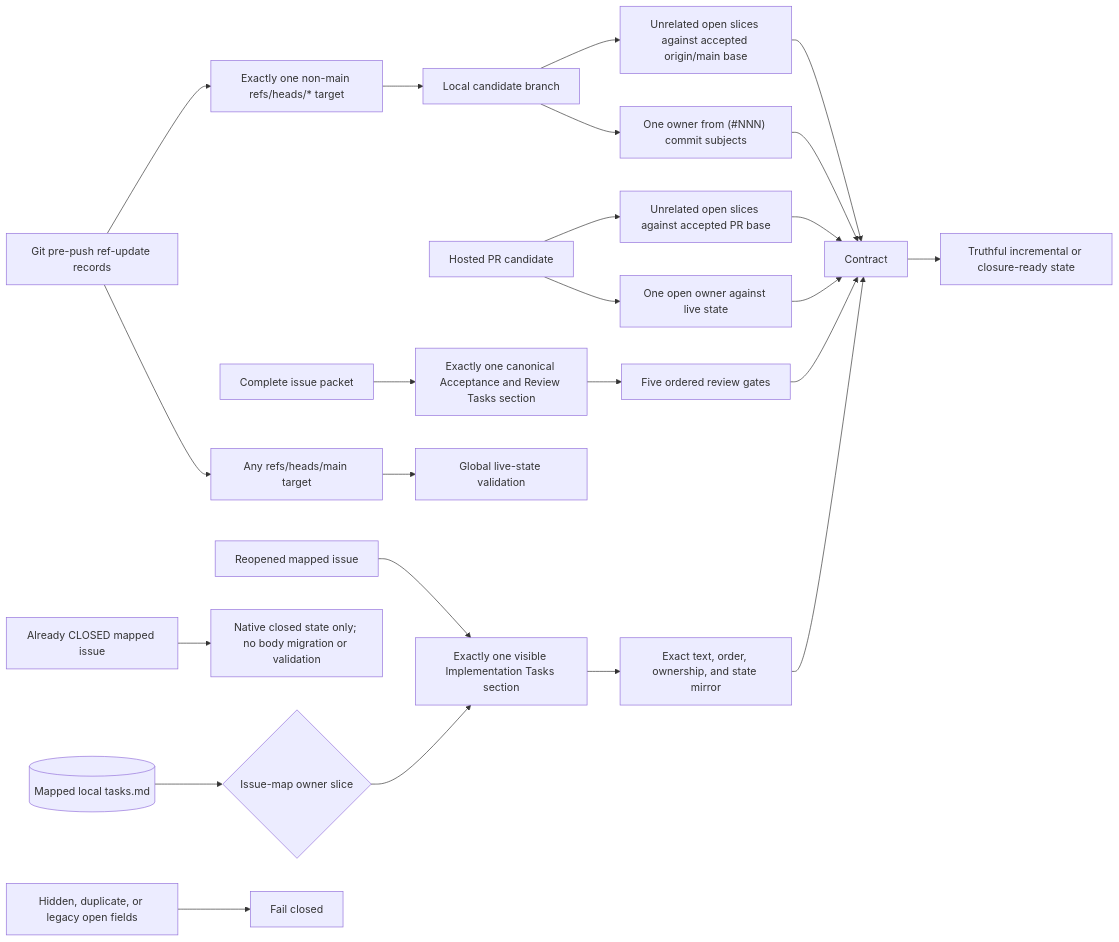
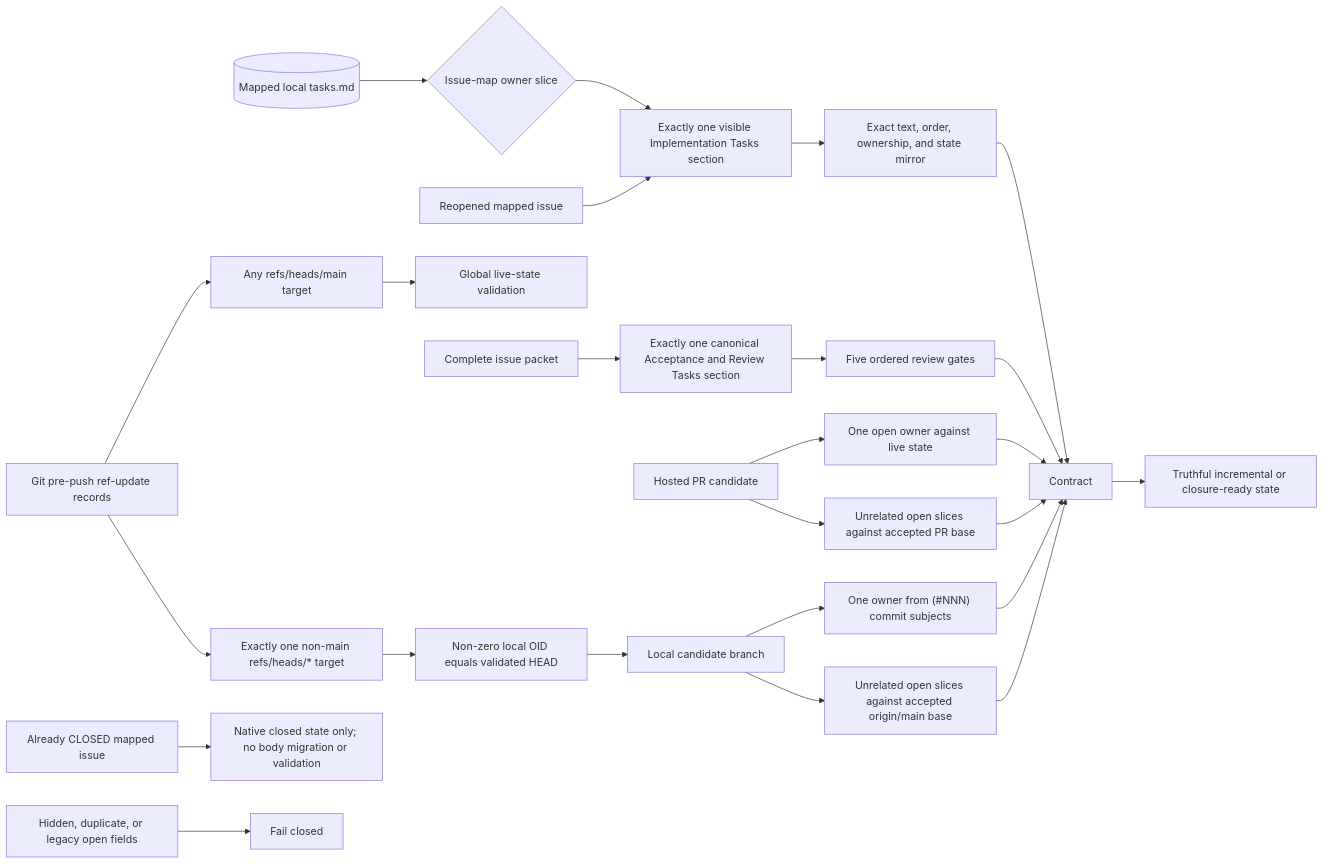
The first of 28 diagrams in docs/v050-release-architecture.md (styler-ai/ProjectAtlas), drawn with Mermaid before and after one commit. The commit also changed 6 other files, not shown here.

Commit message:
fix(issueops): bind candidate validation to pushed head (#549)

````diff
--- a/docs/v050-release-architecture.md
+++ b/docs/v050-release-architecture.md
@@ -7,26 +7,27 @@
 ```mermaid
 flowchart LR
     LocalTasks[(Mapped local tasks.md)] --> OwnerSlice{Issue-map owner slice}
     OwnerSlice --> Implementation[Exactly one visible Implementation Tasks section]
     IssuePacket[Complete issue packet] --> Acceptance[Exactly one canonical Acceptance and Review Tasks section]
     Implementation --> Sync[Exact text, order, ownership, and state mirror]
     Acceptance --> Gates[Five ordered review gates]
     Sync --> Contract
     Gates --> Contract
     PR[Hosted PR candidate] --> Owner[One open owner against live state]
     PR --> Base[Unrelated open slices against accepted PR base]
     Push[Git pre-push ref-update records] --> MainTarget["Any refs/heads/main target"]
     Push --> CandidateTarget["Exactly one non-main refs/heads/* target"]
     MainTarget --> Global[Global live-state validation]
-    CandidateTarget --> Candidate[Local candidate branch]
+    CandidateTarget --> CandidateObject["Non-zero local OID equals validated HEAD"]
+    CandidateObject --> Candidate[Local candidate branch]
     Candidate --> CandidateOwner["One owner from (#NNN) commit subjects"]
     Candidate --> CandidateBase["Unrelated open slices against accepted origin/main base"]
     Owner --> Contract
     Base --> Contract
     CandidateOwner --> Contract
     CandidateBase --> Contract
     Closed[Already CLOSED mapped issue] --> Inert[Native closed state only; no body migration or validation]
     Reopened[Reopened mapped issue] --> Implementation
     Hidden[Hidden, duplicate, or legacy open fields] --> Reject[Fail closed]
     Contract --> Ready[Truthful incremental or closure-ready state]
 ```
````
